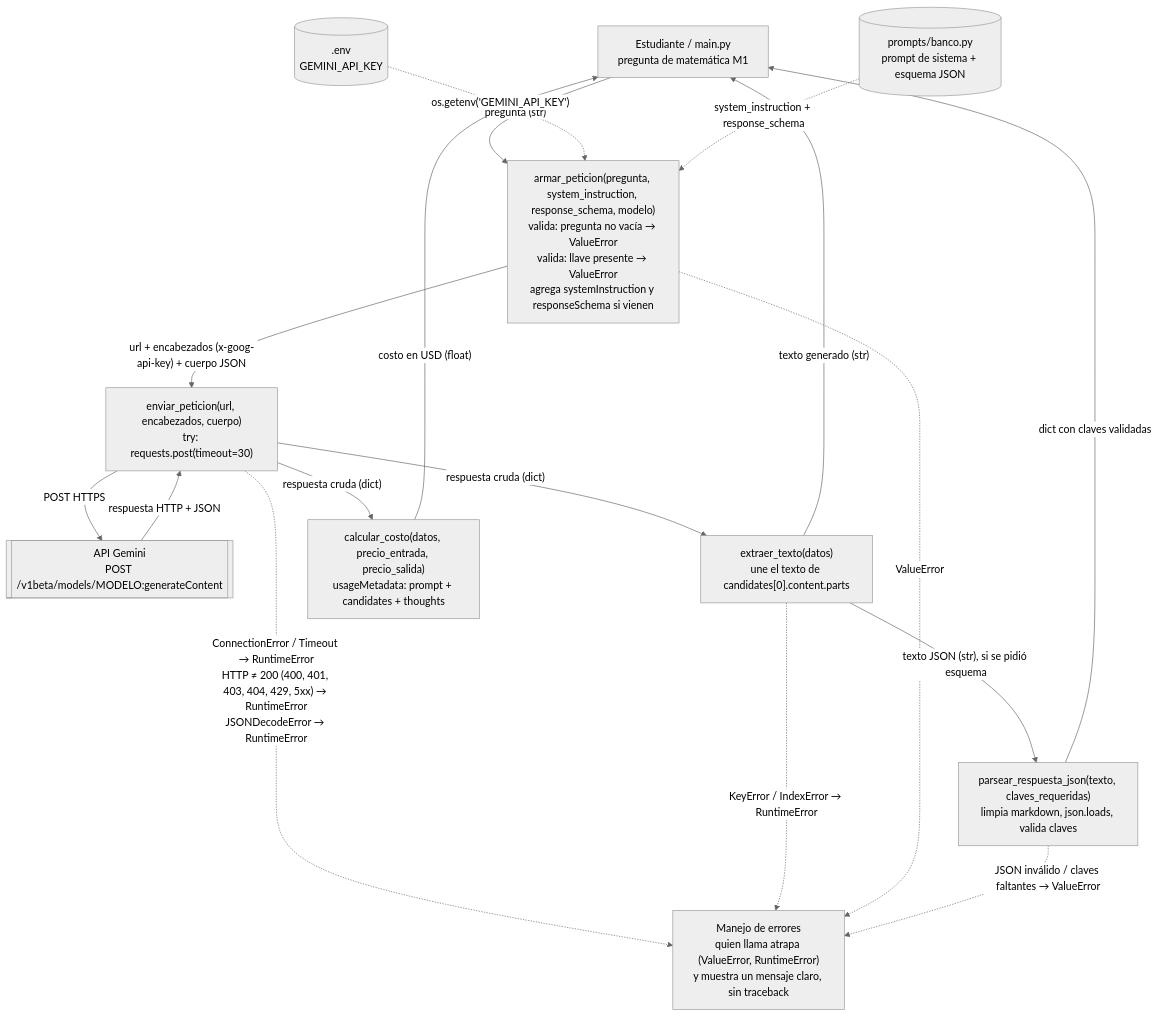
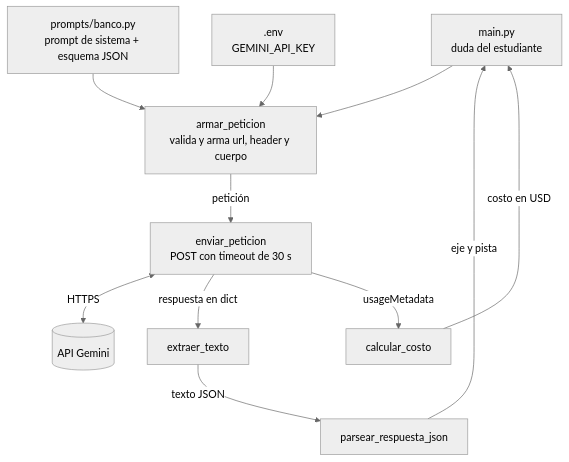
One commit to JoseSebaLM/PM1 changed the diagram in docs/diagrama_arquitectura.md. Above: the diagram before and after it, drawn with Mermaid (neutral theme). The commit also changed other lines of this file and 5 other files, not shown here.

First line of the commit message:
Resumir la documentación, simplificar el diagrama y actualizar mediciones (2026-10-26)

````diff
--- a/docs/diagrama_arquitectura.md
+++ b/docs/diagrama_arquitectura.md
@@ -5,31 +3,13 @@
 ```mermaid
 flowchart TD
-    U["Estudiante / main.py<br/>pregunta de matemática M1"]
-    ENV[(".env<br/>GEMINI_API_KEY")]
-    A["armar_peticion(pregunta, system_instruction, response_schema, modelo)<br/>valida: pregunta no vacía → ValueError<br/>valida: llave presente → ValueError<br/>agrega systemInstruction y responseSchema si vienen"]
-    B[("prompts/banco.py<br/>prompt de sistema + esquema JSON")]
-    P["parsear_respuesta_json(texto, claves_requeridas)<br/>limpia markdown, json.loads, valida claves"]
-    E["enviar_peticion(url, encabezados, cuerpo)<br/>try: requests.post(timeout=30)"]
-    API[["API Gemini<br/>POST /v1beta/models/MODELO:generateContent"]]
-    X["extraer_texto(datos)<br/>une el texto de candidates[0].content.parts"]
-    C["calcular_costo(datos, precio_entrada, precio_salida)<br/>usageMetadata: prompt + candidates + thoughts"]
-
-    U -- "pregunta (str)" --> A
-    ENV -. "os.getenv('GEMINI_API_KEY')" .-> A
-    B -. "system_instruction + response_schema" .-> A
-    A -- "url + encabezados (x-goog-api-key) + cuerpo JSON" --> E
-    E -- "POST HTTPS" --> API
-    API -- "respuesta HTTP + JSON" --> E
-    E -- "respuesta cruda (dict)" --> X
-    E -- "respuesta cruda (dict)" --> C
-    X -- "texto generado (str)" --> U
-    X -- "texto JSON (str), si se pidió esquema" --> P
-    P -- "dict con claves validadas" --> U
-    C -- "costo en USD (float)" --> U
-
-    E -. "ConnectionError / Timeout → RuntimeError<br/>HTTP ≠ 200 (400, 401, 403, 404, 429, 5xx) → RuntimeError<br/>JSONDecodeError → RuntimeError" .-> ERR
-    X -. "KeyError / IndexError → RuntimeError" .-> ERR
-    A -. "ValueError" .-> ERR
-    P -. "JSON inválido / claves faltantes → ValueError" .-> ERR
-    ERR["Manejo de errores<br/>quien llama atrapa (ValueError, RuntimeError)<br/>y muestra un mensaje claro, sin traceback"]
+    U["main.py<br/>duda del estudiante"] --> A
+    B["prompts/banco.py<br/>prompt de sistema + esquema JSON"] --> A
+    K[".env<br/>GEMINI_API_KEY"] --> A
+    A["armar_peticion<br/>valida y arma url, header y cuerpo"] -->|petición| E
+    E["enviar_peticion<br/>POST con timeout de 30 s"] <-->|HTTPS| G[("API Gemini")]
+    E -->|respuesta en dict| X["extraer_texto"]
+    E -->|usageMetadata| C["calcular_costo"]
+    X -->|texto JSON| P["parsear_respuesta_json"]
+    P -->|eje y pista| U
+    C -->|costo en USD| U
 ```
````
